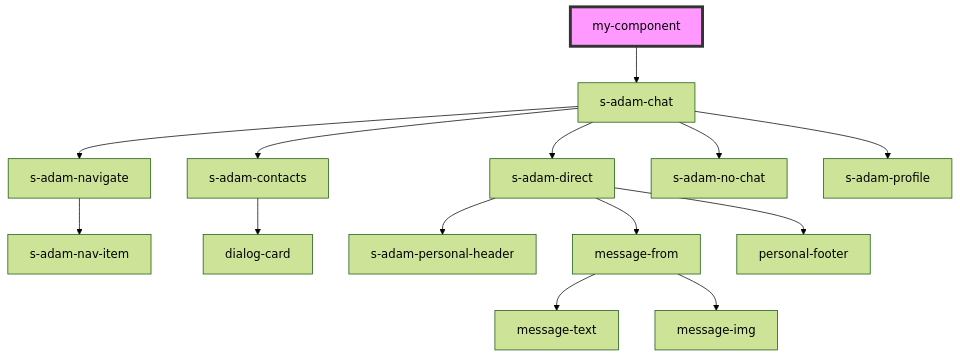
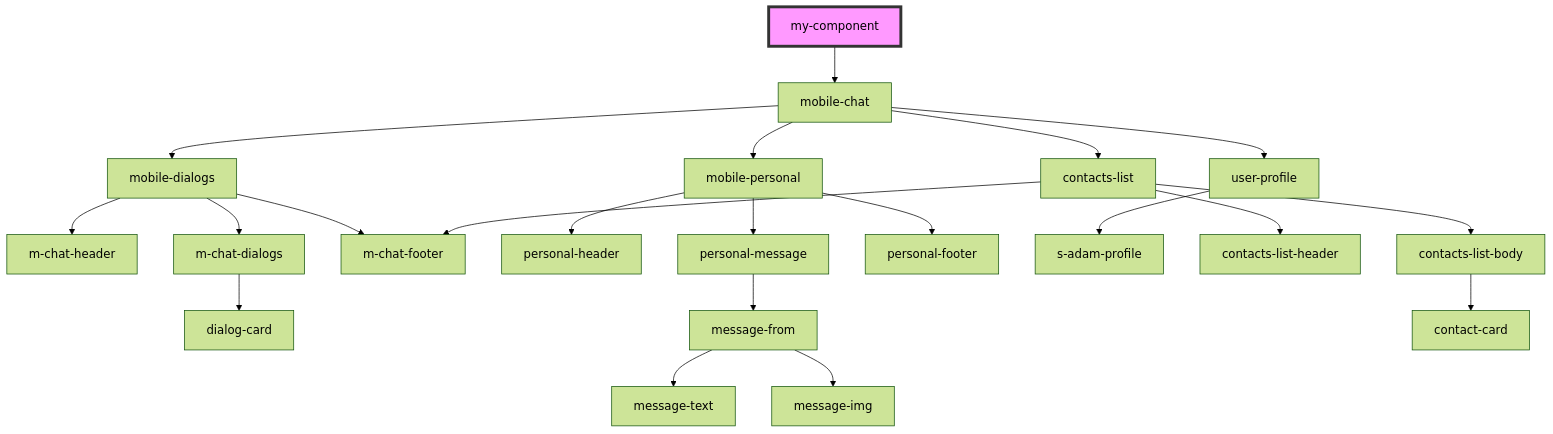
The diagram in src/components/my-component/readme.md (saqhan/stencil-chat), drawn with Mermaid (forest theme) before and after one commit. The commit also changed other lines of this file and 9 other files, not shown here.

````diff
--- a/src/components/my-component/readme.md
+++ b/src/components/my-component/readme.md
@@ -13,17 +13,24 @@
 ```mermaid
 graph TD;
-  my-component --> s-adam-chat
-  s-adam-chat --> s-adam-navigate
-  s-adam-chat --> s-adam-contacts
-  s-adam-chat --> s-adam-direct
-  s-adam-chat --> s-adam-no-chat
-  s-adam-chat --> s-adam-profile
-  s-adam-navigate --> s-adam-nav-item
-  s-adam-contacts --> dialog-card
-  s-adam-direct --> s-adam-personal-header
-  s-adam-direct --> message-from
-  s-adam-direct --> personal-footer
+  my-component --> mobile-chat
+  mobile-chat --> mobile-dialogs
+  mobile-chat --> mobile-personal
+  mobile-chat --> user-profile
+  mobile-chat --> contacts-list
+  mobile-dialogs --> m-chat-header
+  mobile-dialogs --> m-chat-dialogs
+  mobile-dialogs --> m-chat-footer
+  m-chat-dialogs --> dialog-card
+  mobile-personal --> personal-header
+  mobile-personal --> personal-message
+  mobile-personal --> personal-footer
+  personal-message --> message-from
   message-from --> message-text
   message-from --> message-img
+  user-profile --> s-adam-profile
+  contacts-list --> contacts-list-header
+  contacts-list --> contacts-list-body
+  contacts-list --> m-chat-footer
+  contacts-list-body --> contact-card
   style my-component fill:#f9f,stroke:#333,stroke-width:4px
 ```
````
